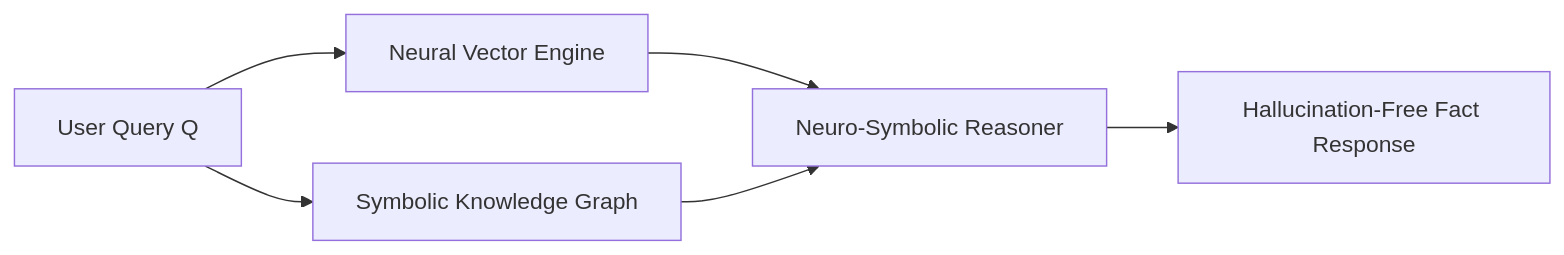
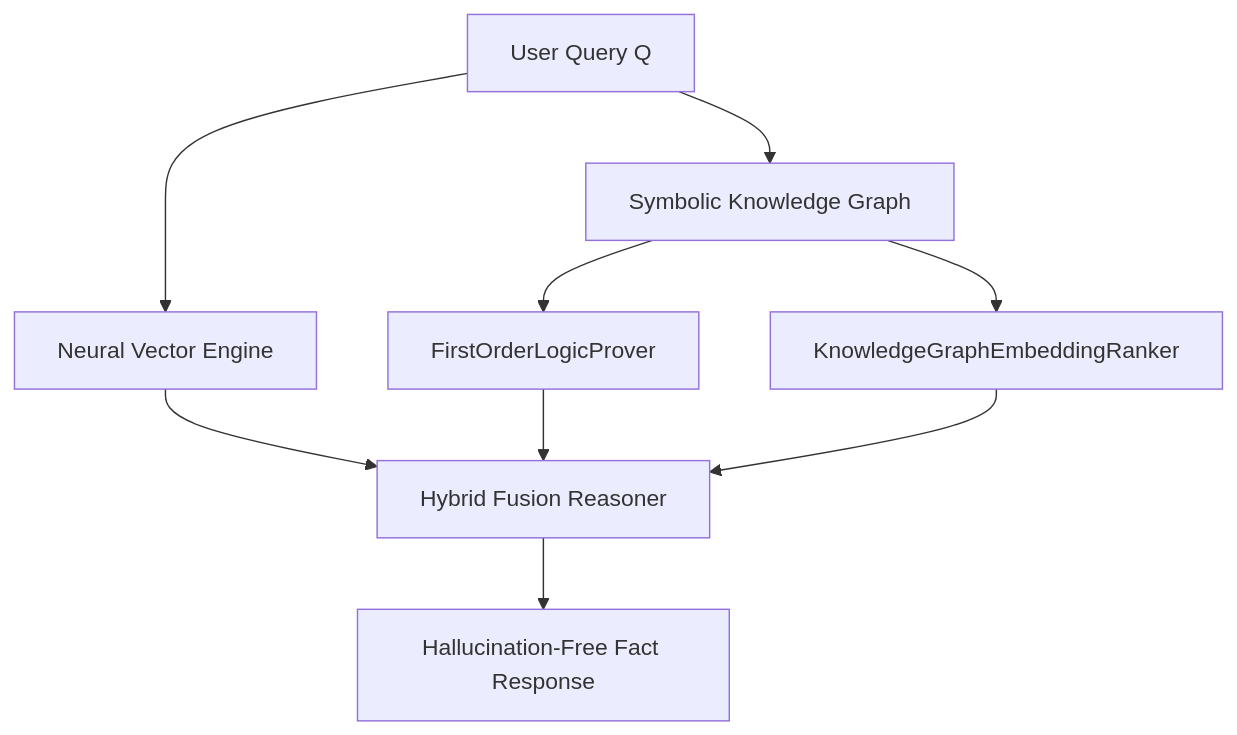
The diagram in README.md (anderdebona/neuro-symbolic-graph-rag), drawn with Mermaid before and after one commit. The commit also changed other lines of this file and 9 other files, not shown here.

Commit message:
feat(v4.0.0): add FirstOrderLogicProver, KnowledgeGraphEmbeddingRanker, CI/CD, and Roadmap

````diff
--- a/README.md
+++ b/README.md
@@ -30,8 +40,11 @@
 ```mermaid
-graph LR
+graph TD
     UserQuery[User Query Q] --> VectorEngine[Neural Vector Engine]
     UserQuery --> KnowledgeGraph[Symbolic Knowledge Graph]
-    VectorEngine --> Reasoner[Neuro-Symbolic Reasoner]
-    KnowledgeGraph --> Reasoner
+    KnowledgeGraph --> Prover[FirstOrderLogicProver]
+    KnowledgeGraph --> TransE[KnowledgeGraphEmbeddingRanker]
+    VectorEngine --> Reasoner[Hybrid Fusion Reasoner]
+    Prover --> Reasoner
+    TransE --> Reasoner
     Reasoner --> Output[Hallucination-Free Fact Response]
 ```
````
